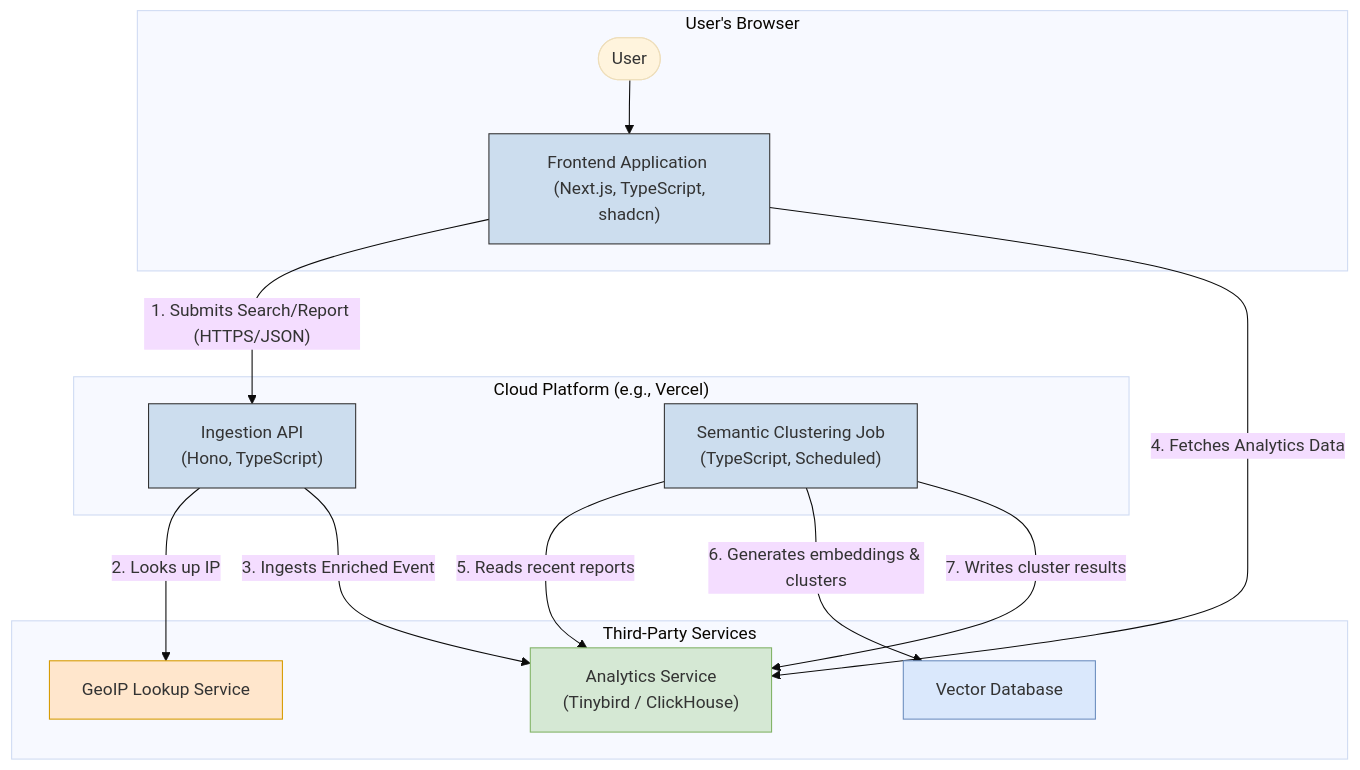
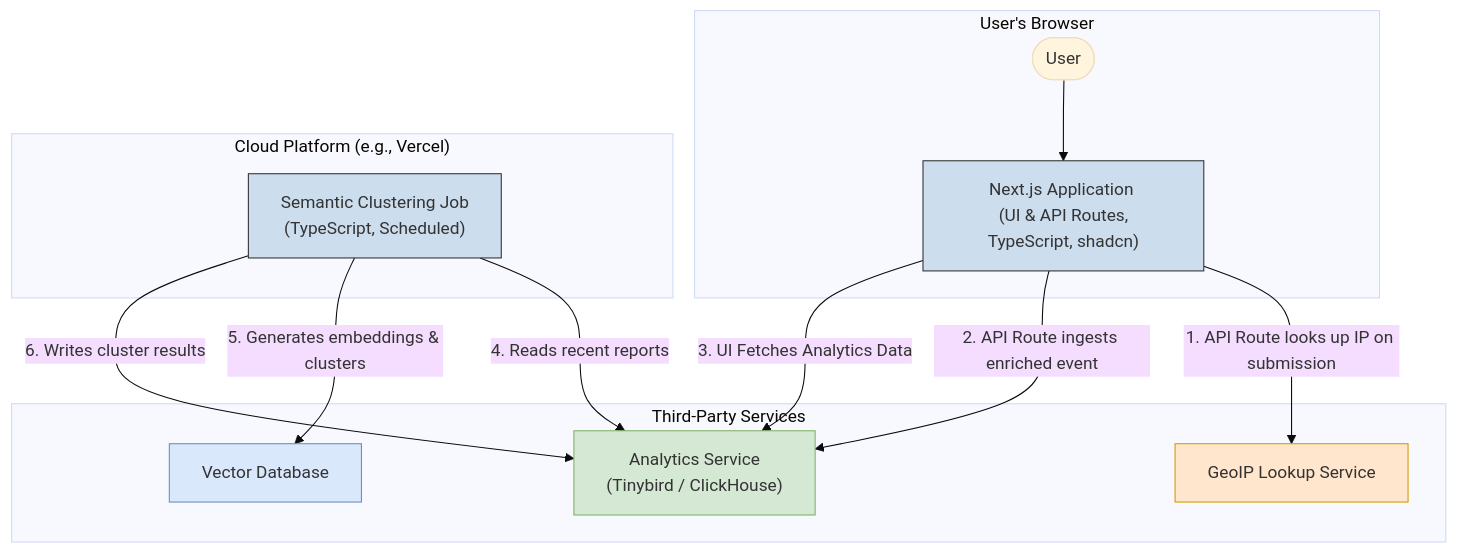
The first of 3 diagrams in .nautex/docs/TRD.md (hvent90/is-it-dumb), drawn with Mermaid (base theme) before and after one commit. The commit also changed other lines of this file and 15 other files, not shown here.

First line of the commit message:
feat: migrate to unified Next.js architecture and enhance UI

````diff
--- a/.nautex/docs/TRD.md
+++ b/.nautex/docs/TRD.md
@@ -53,35 +49,32 @@
 ```mermaid
 flowchart TD
     subgraph "User's Browser"
-        User([User]) --> FrontendApp
+        User([User]) --> NextApp
     end
 
     subgraph "Cloud Platform (e.g., Vercel)"
-        style FrontendApp fill:#cde, stroke:#333
-        style IngestionAPI fill:#cde, stroke:#333
+        style NextApp fill:#cde, stroke:#333
         style ClusteringJob fill:#cde, stroke:#333
 
-        FrontendApp["Frontend Application <br/> (Next.js, TypeScript, shadcn)"]
-        IngestionAPI["Ingestion API <br/> (Hono, TypeScript)"]
+        NextApp["Next.js Application <br/> (UI & API Routes, TypeScript, shadcn)"]
         ClusteringJob["Semantic Clustering Job <br/> (TypeScript, Scheduled)"]
     end
 
     subgraph "Third-Party Services"
         style Tinybird fill:#d5e8d4, stroke:#82b366
         style GeoIP fill:#ffe6cc, stroke:#d79b00
         style VectorDB fill:#dae8fc, stroke:#6c8ebf
 
         Tinybird["Analytics Service <br/> (Tinybird / ClickHouse)"]
         GeoIP["GeoIP Lookup Service"]
         VectorDB["Vector Database"]
     end
 
-    FrontendApp -- "1. Submits Search/Report (HTTPS/JSON)" --> IngestionAPI
-    IngestionAPI -- "2. Looks up IP" --> GeoIP
-    IngestionAPI -- "3. Ingests Enriched Event" --> Tinybird
-    FrontendApp -- "4. Fetches Analytics Data" --> Tinybird
+    NextApp -- "1. API Route looks up IP on submission" --> GeoIP
+    NextApp -- "2. API Route ingests enriched event" --> Tinybird
+    NextApp -- "3. UI Fetches Analytics Data" --> Tinybird
 
-    ClusteringJob -- "5. Reads recent reports" --> Tinybird
-    ClusteringJob -- "6. Generates embeddings & clusters" --> VectorDB
-    ClusteringJob -- "7. Writes cluster results" --> Tinybird
+    ClusteringJob -- "4. Reads recent reports" --> Tinybird
+    ClusteringJob -- "5. Generates embeddings & clusters" --> VectorDB
+    ClusteringJob -- "6. Writes cluster results" --> Tinybird
 ```
````
